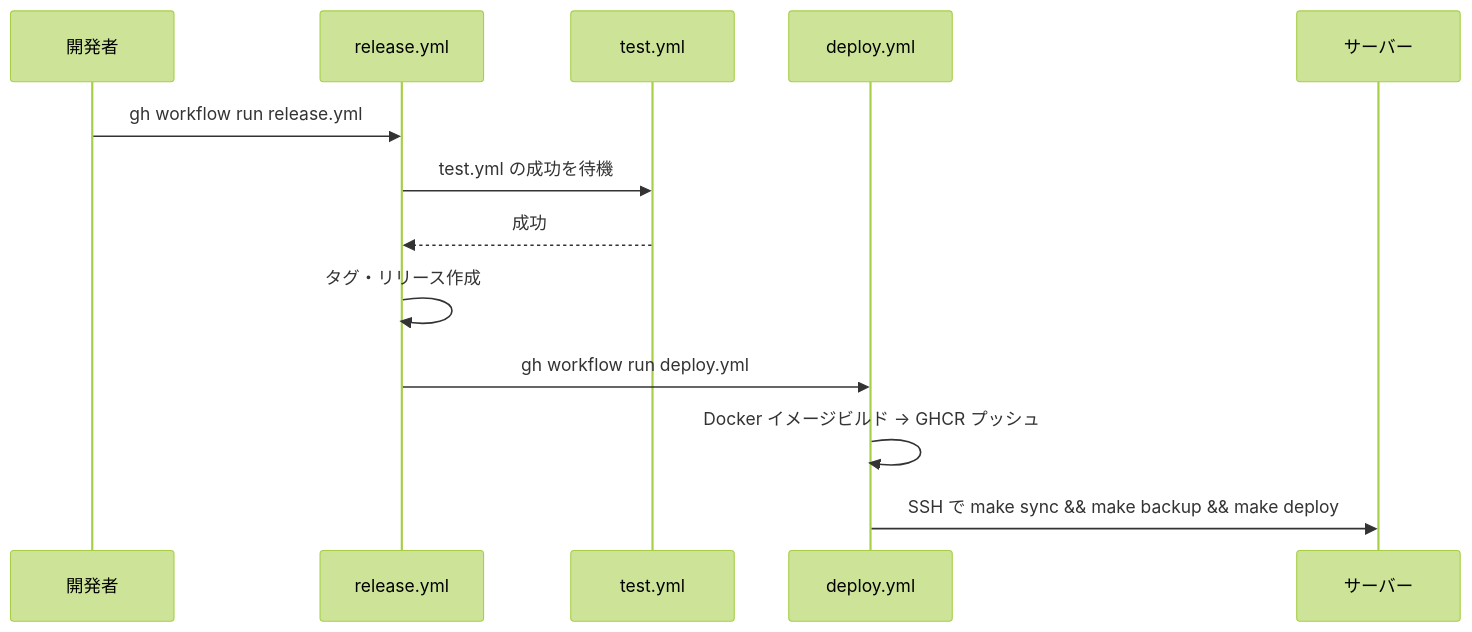
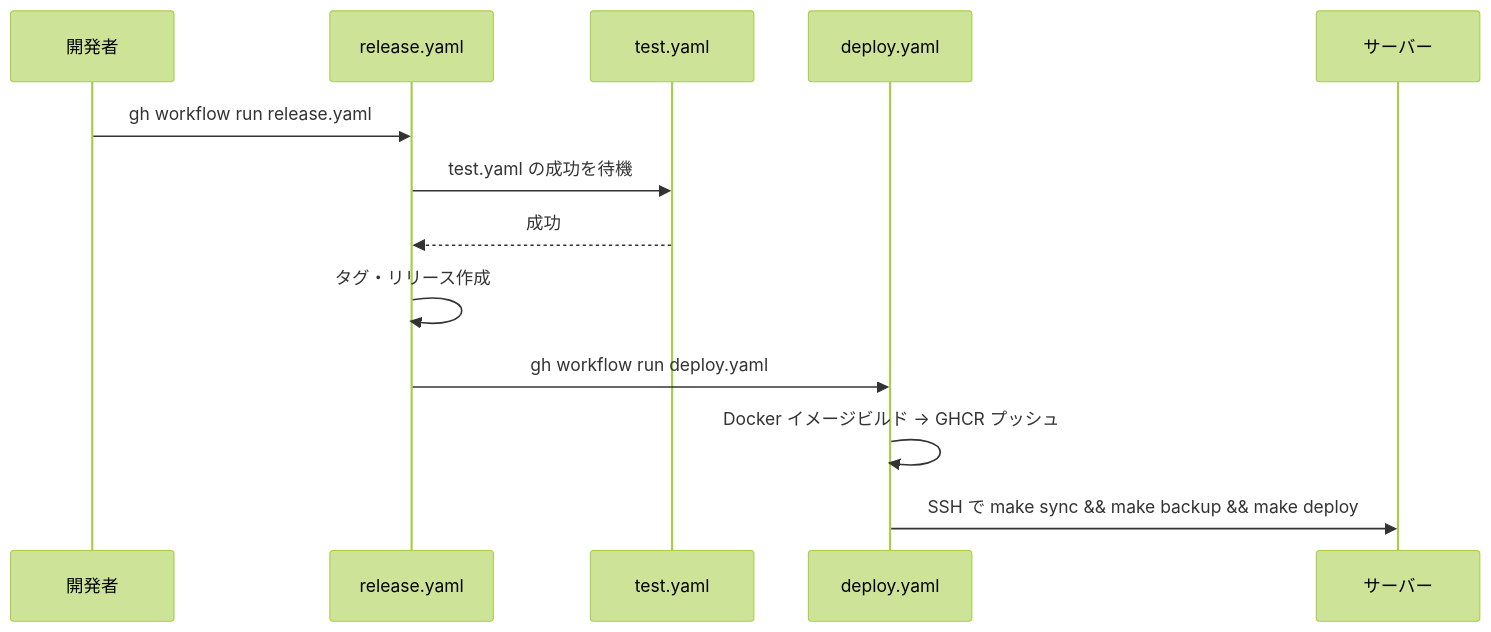
The diagram in docs/development.md (ak110/GLATasks2), drawn with Mermaid (forest theme) before and after one commit. The commit also changed other lines of this file and 4 other files, not shown here.

Commit message:
refactor: YAML拡張子を .yml → .yaml に統一

````diff
--- a/docs/development.md
+++ b/docs/development.md
@@ -151,16 +151,16 @@
 ```mermaid
 sequenceDiagram
     participant Dev as 開発者
-    participant R as release.yml
-    participant T as test.yml
-    participant D as deploy.yml
+    participant R as release.yaml
+    participant T as test.yaml
+    participant D as deploy.yaml
     participant S as サーバー
 
-    Dev->>R: gh workflow run release.yml
-    R->>T: test.yml の成功を待機
+    Dev->>R: gh workflow run release.yaml
+    R->>T: test.yaml の成功を待機
     T-->>R: 成功
     R->>R: タグ・リリース作成
-    R->>D: gh workflow run deploy.yml
+    R->>D: gh workflow run deploy.yaml
     D->>D: Docker イメージビルド → GHCR プッシュ
     D->>S: SSH で make sync && make backup && make deploy
 ```
````
